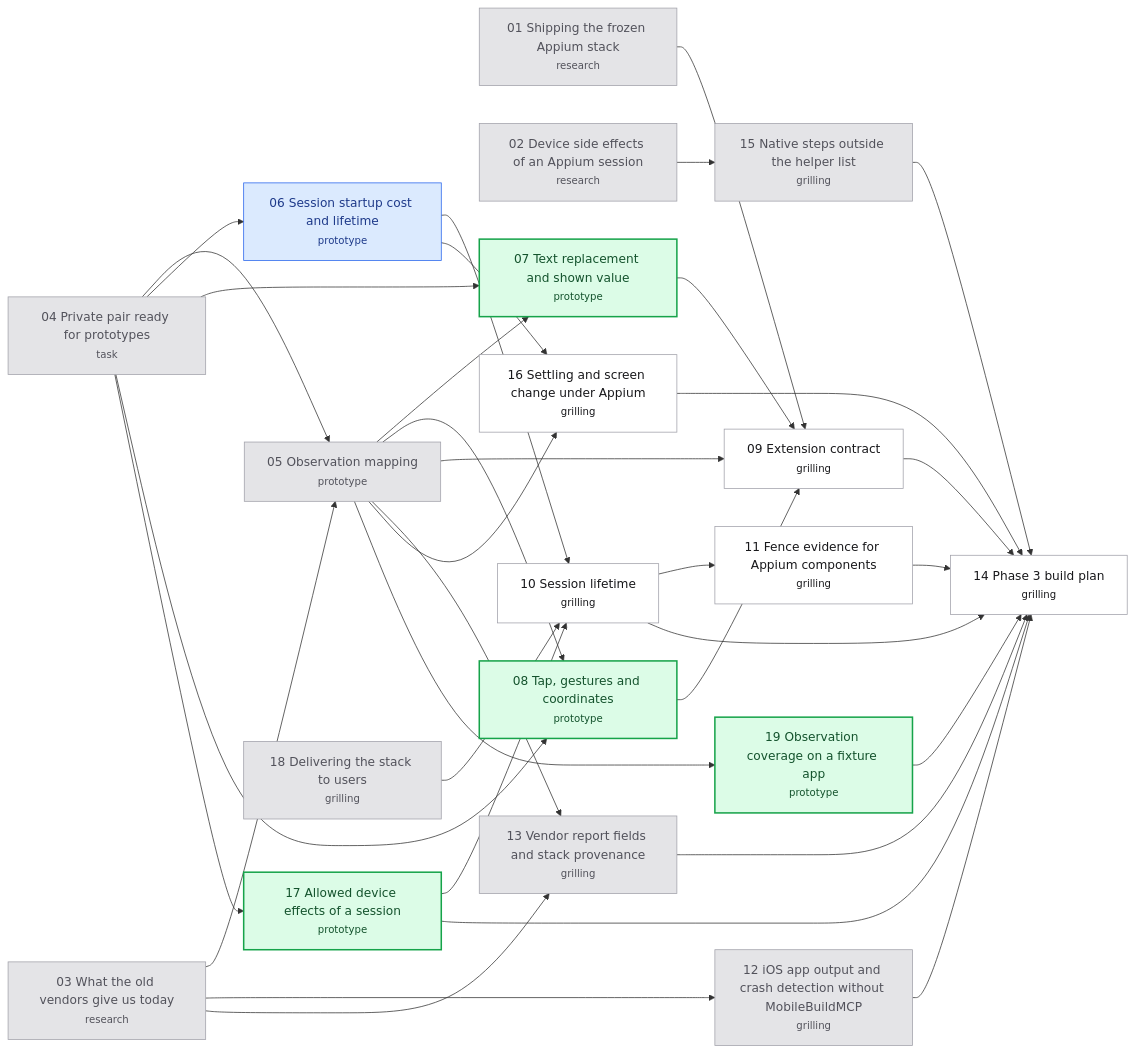
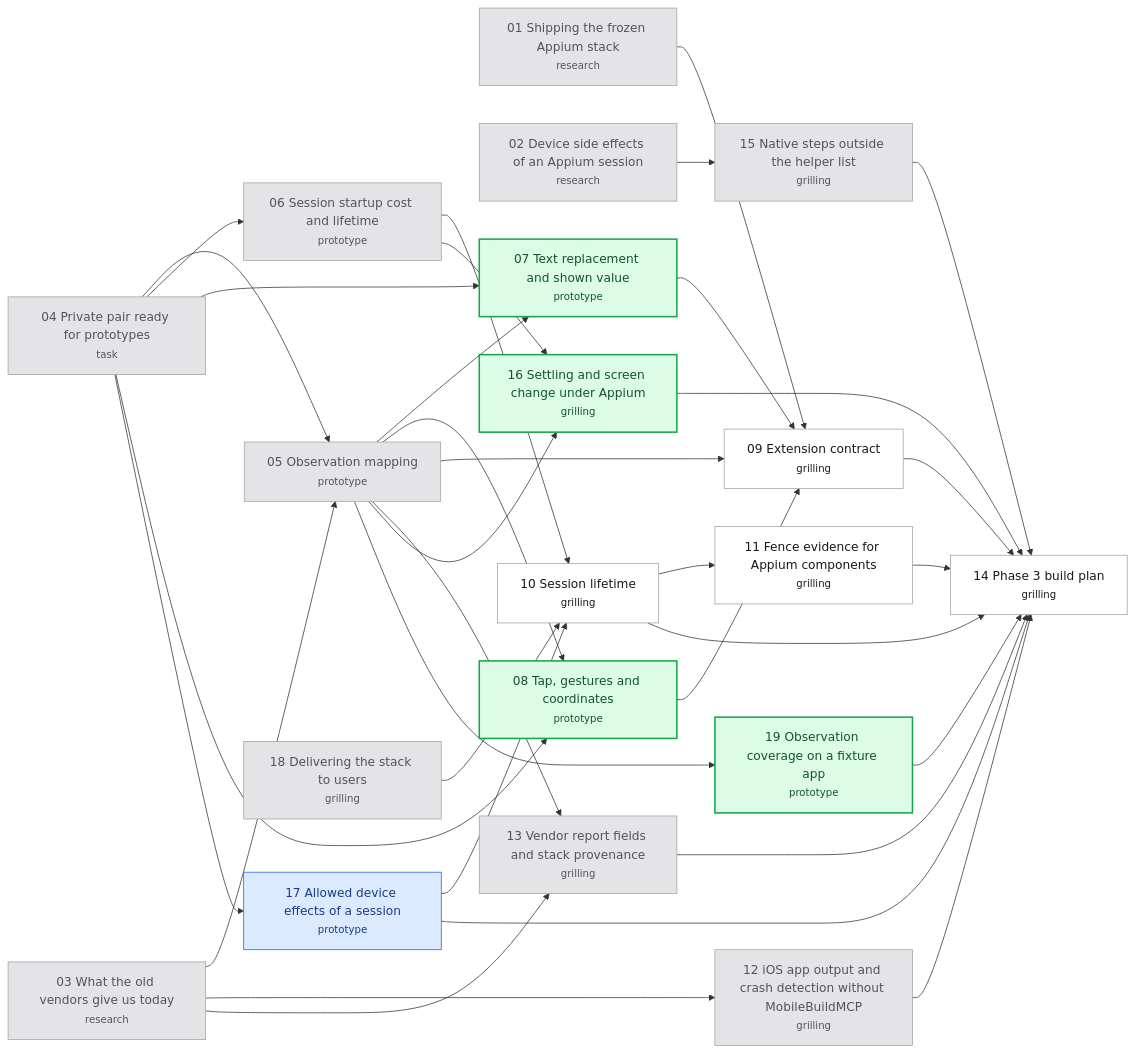
One commit to hugues-vnsgn/jev-ios-bridge changed the diagram in .scratch/appium-phase3/map.md. Above: the diagram before and after it, drawn with Mermaid. The commit also changed other lines of this file and 2 other files, not shown here.

Commit message:
docs(appium-phase3): resolve Session startup cost and lifetime; claim Allowed device effects

````diff
--- a/.scratch/appium-phase3/map.md
+++ b/.scratch/appium-phase3/map.md
@@ -81,62 +82,62 @@
 ```mermaid
 flowchart LR
     T01["01 Shipping the frozen Appium stack<br/><small>research</small>"]
     T02["02 Device side effects of an Appium session<br/><small>research</small>"]
     T03["03 What the old vendors give us today<br/><small>research</small>"]
     T04["04 Private pair ready for prototypes<br/><small>task</small>"]
     T05["05 Observation mapping<br/><small>prototype</small>"]
     T06["06 Session startup cost and lifetime<br/><small>prototype</small>"]
     T07["07 Text replacement and shown value<br/><small>prototype</small>"]
     T08["08 Tap, gestures and coordinates<br/><small>prototype</small>"]
     T09["09 Extension contract<br/><small>grilling</small>"]
     T10["10 Session lifetime<br/><small>grilling</small>"]
     T11["11 Fence evidence for Appium components<br/><small>grilling</small>"]
     T12["12 iOS app output and crash detection without MobileBuildMCP<br/><small>grilling</small>"]
     T13["13 Vendor report fields and stack provenance<br/><small>grilling</small>"]
     T14["14 Phase 3 build plan<br/><small>grilling</small>"]
     T15["15 Native steps outside the helper list<br/><small>grilling</small>"]
     T16["16 Settling and screen change under Appium<br/><small>grilling</small>"]
     T17["17 Allowed device effects of a session<br/><small>prototype</small>"]
     T18["18 Delivering the stack to users<br/><small>grilling</small>"]
     T19["19 Observation coverage on a fixture app<br/><small>prototype</small>"]
     T03 --> T05
     T04 --> T05
     T04 --> T06
     T04 --> T07
     T05 --> T07
     T04 --> T08
     T05 --> T08
     T01 --> T09
     T05 --> T09
     T07 --> T09
     T08 --> T09
     T06 --> T10
     T17 --> T10
     T18 --> T10
     T10 --> T11
     T03 --> T12
     T03 --> T13
     T05 --> T13
     T09 --> T14
     T10 --> T14
     T11 --> T14
     T12 --> T14
     T13 --> T14
     T15 --> T14
     T16 --> T14
     T17 --> T14
     T19 --> T14
     T02 --> T15
     T05 --> T16
     T06 --> T16
     T04 --> T17
     T05 --> T19
     classDef resolved fill:#e4e4e7,stroke:#a1a1aa,color:#52525b
     classDef claimed fill:#dbeafe,stroke:#2563eb,color:#1e3a8a
     classDef frontier fill:#dcfce7,stroke:#16a34a,color:#14532d,stroke-width:2px
     classDef blocked fill:#ffffff,stroke:#a1a1aa,color:#18181b
-    class T01,T02,T03,T04,T05,T12,T13,T15,T18 resolved
-    class T06 claimed
-    class T07,T08,T17,T19 frontier
-    class T09,T10,T11,T14,T16 blocked
+    class T01,T02,T03,T04,T05,T06,T12,T13,T15,T18 resolved
+    class T17 claimed
+    class T07,T08,T16,T19 frontier
+    class T09,T10,T11,T14 blocked
 ```
````
